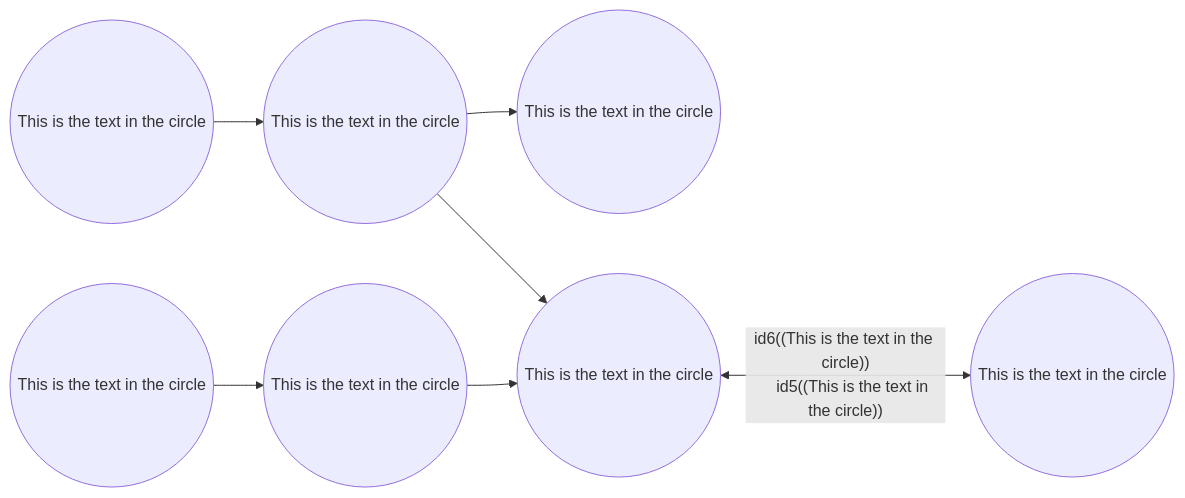
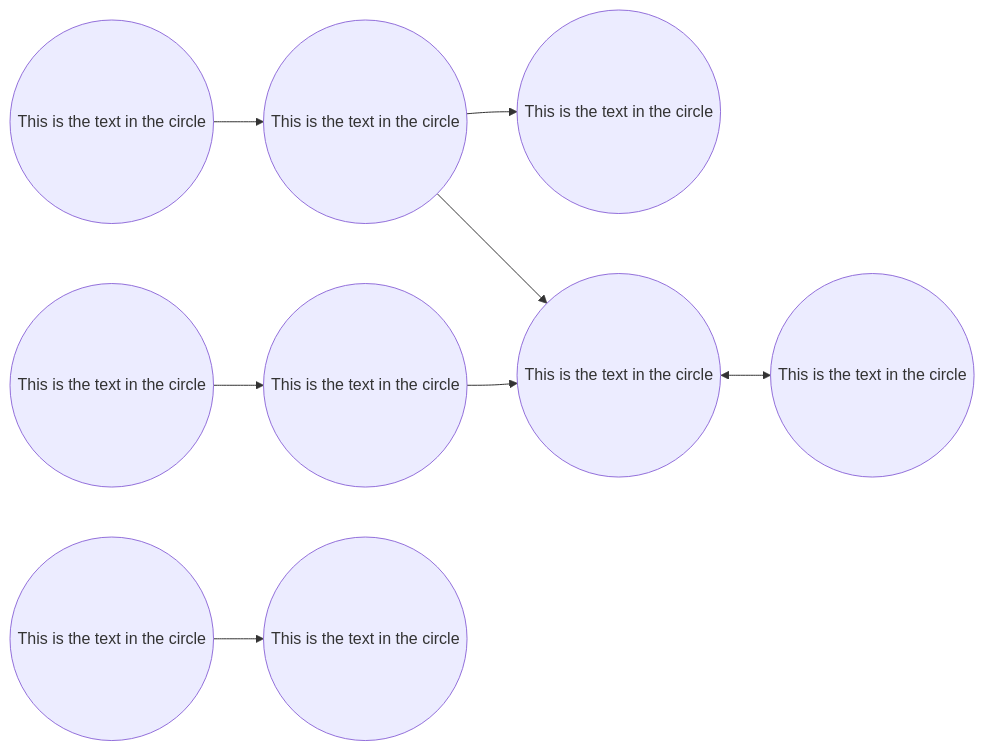
Before and after one commit to gerbssusd/dok: the second of 2 diagrams in slides.md, drawn with Mermaid.

````diff
--- a/slides.md
+++ b/slides.md
@@ -499,15 +499,15 @@
 ```mermaid {scale: .60}
 
 flowchart LR
     id1((This is the text in the circle)) -->
     id2((This is the text in the circle)) -->
     id3((This is the text in the circle))
        id3.1((This is the text in the circle))-->
        id3.2((This is the text in the circle))-->id4
    id2 --> id4((This is the text in the circle)) 
-      <--id6((This is the text in the circle))
+      <-->id6((This is the text in the circle))
     id5((This is the text in the circle)) -->
    
     id7((This is the text in the circle))
 
 ```
````
